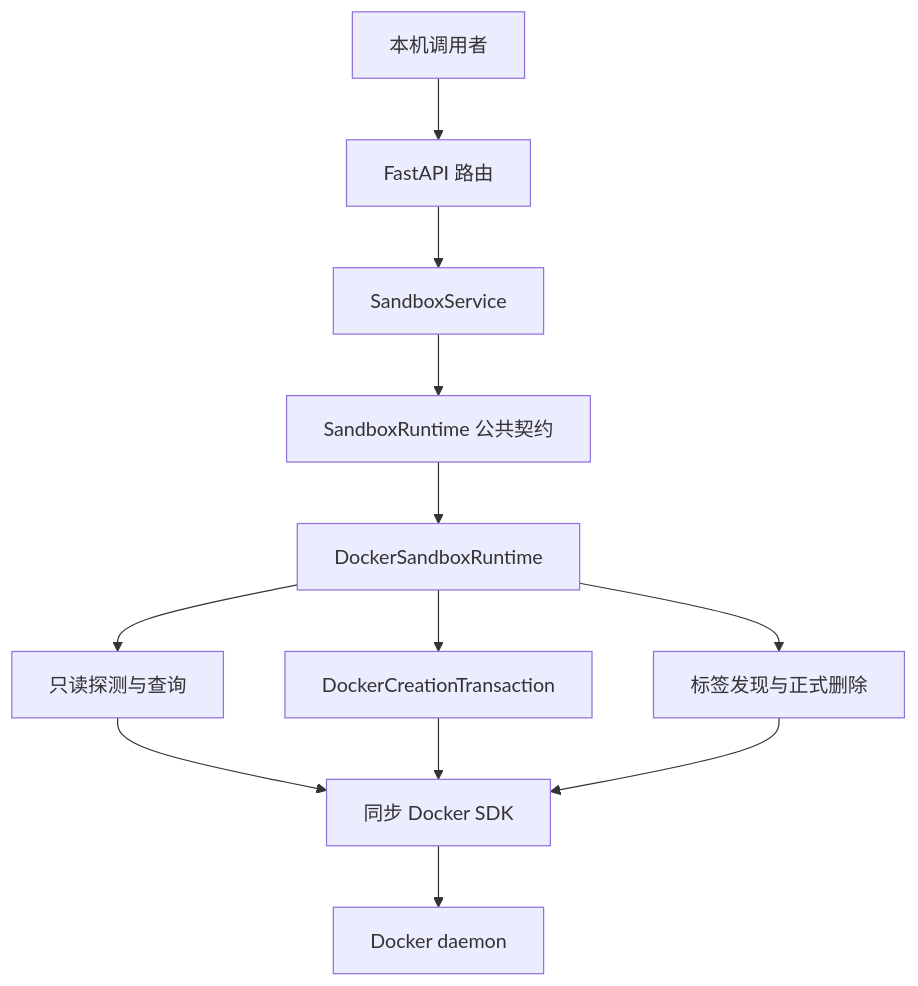
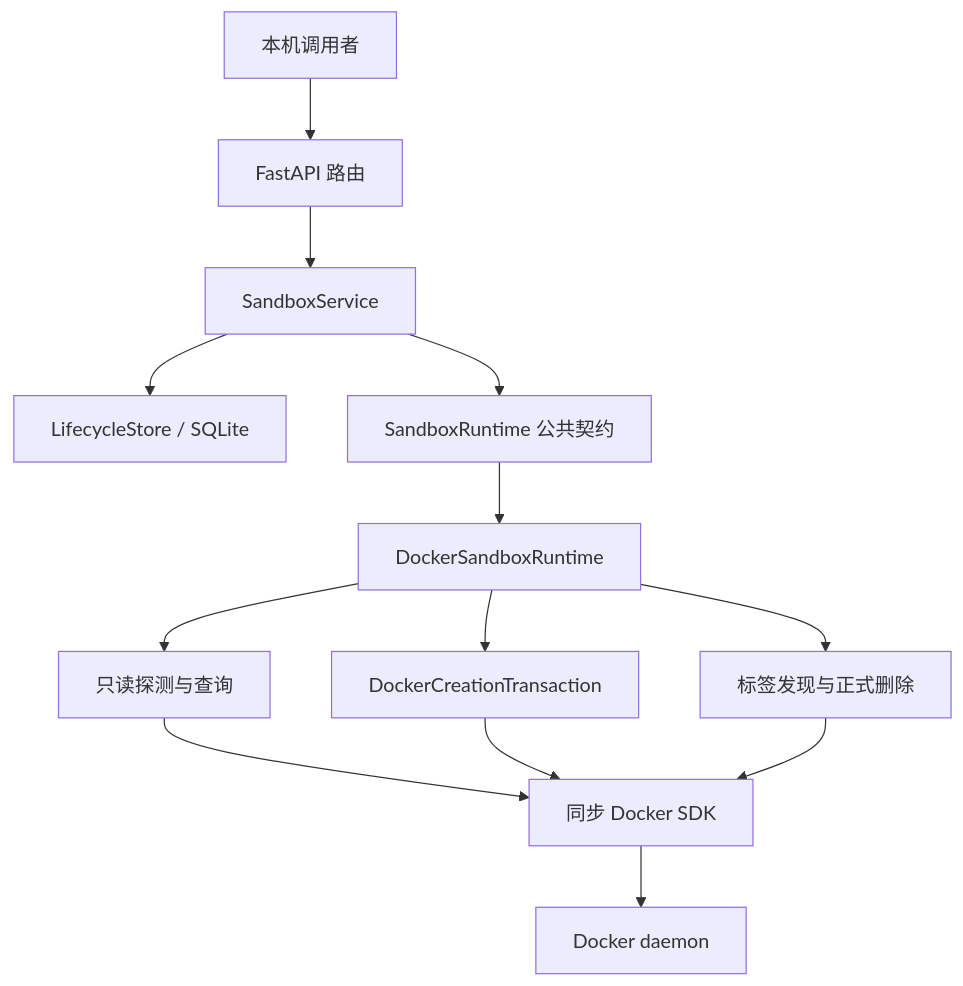
Before and after one commit to nico-hua/agent-sandbox: the first of 3 diagrams in docs/docker/README.md, drawn with Mermaid. The commit also changed other lines of this file and 26 other files, not shown here.

Commit message:
feat(control): integrate lifecycle storage into sandbox service

````diff
--- a/docs/docker/README.md
+++ b/docs/docker/README.md
@@ -9,14 +9,15 @@
 ```mermaid
 flowchart TD
     Caller[本机调用者] --> API[FastAPI 路由]
     API --> Service[SandboxService]
+    Service --> Store[LifecycleStore / SQLite]
     Service --> Contract[SandboxRuntime 公共契约]
     Contract --> Runtime[DockerSandboxRuntime]
     Runtime --> Read[只读探测与查询]
     Runtime --> Transaction[DockerCreationTransaction]
     Runtime --> Deletion[标签发现与正式删除]
     Read --> SDK[同步 Docker SDK]
     Transaction --> SDK
     Deletion --> SDK
     SDK --> Daemon[Docker daemon]
 ```
````
